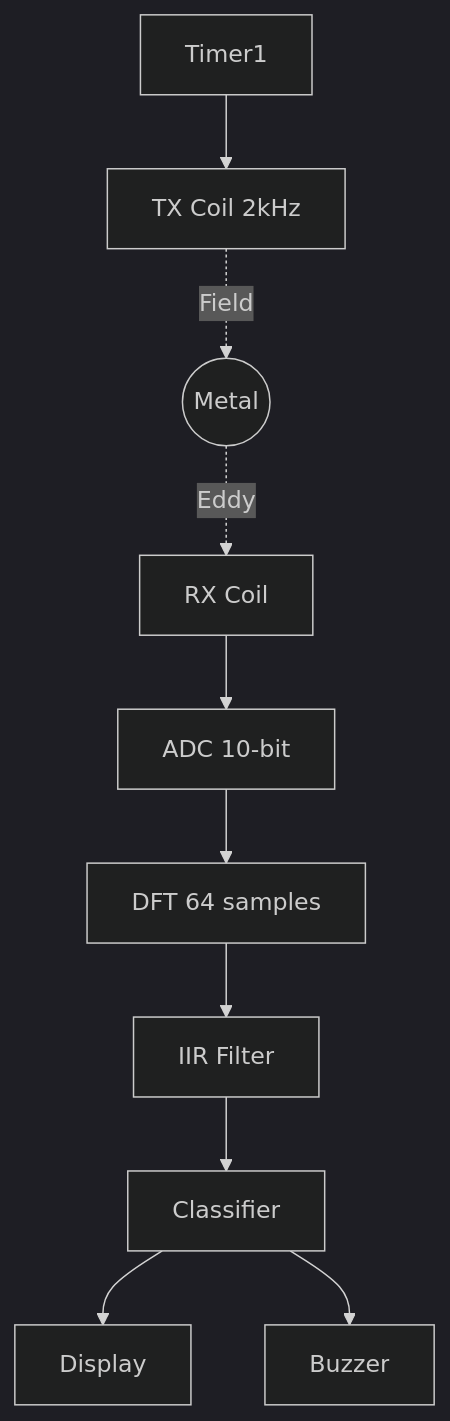
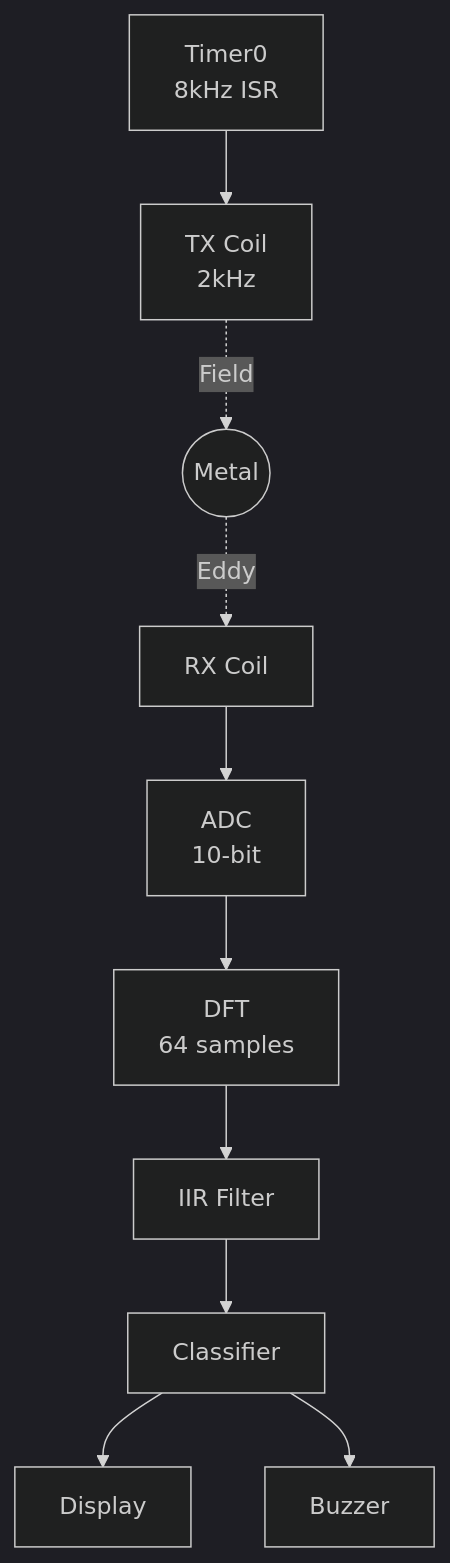
Before and after one commit to MadsRudolph/34621-Metal-Detector: the second of 9 diagrams in Code_Review.md, drawn with Mermaid (dark theme). The commit also changed other lines of this file and 17 other files, not shown here.

````diff
--- a/Code_Review.md
+++ b/Code_Review.md
@@ -54,12 +72,12 @@
 ```mermaid
-flowchart TD
-    T1[Timer1] --> TXC[TX Coil 2kHz]
+flowchart TB
+    T0[Timer0<br>8kHz ISR] --> TXC[TX Coil<br>2kHz]
     TXC -.->|Field| M((Metal))
     M -.->|Eddy| RXC[RX Coil]
-    RXC --> ADC[ADC 10-bit]
-    ADC --> DFT[DFT 64 samples]
+    RXC --> ADC[ADC<br>10-bit]
+    ADC --> DFT[DFT<br>64 samples]
     DFT --> IIR[IIR Filter]
     IIR --> CLASS[Classifier]
     CLASS --> OLED[Display]
     CLASS --> BUZZ[Buzzer]
 ```
````
